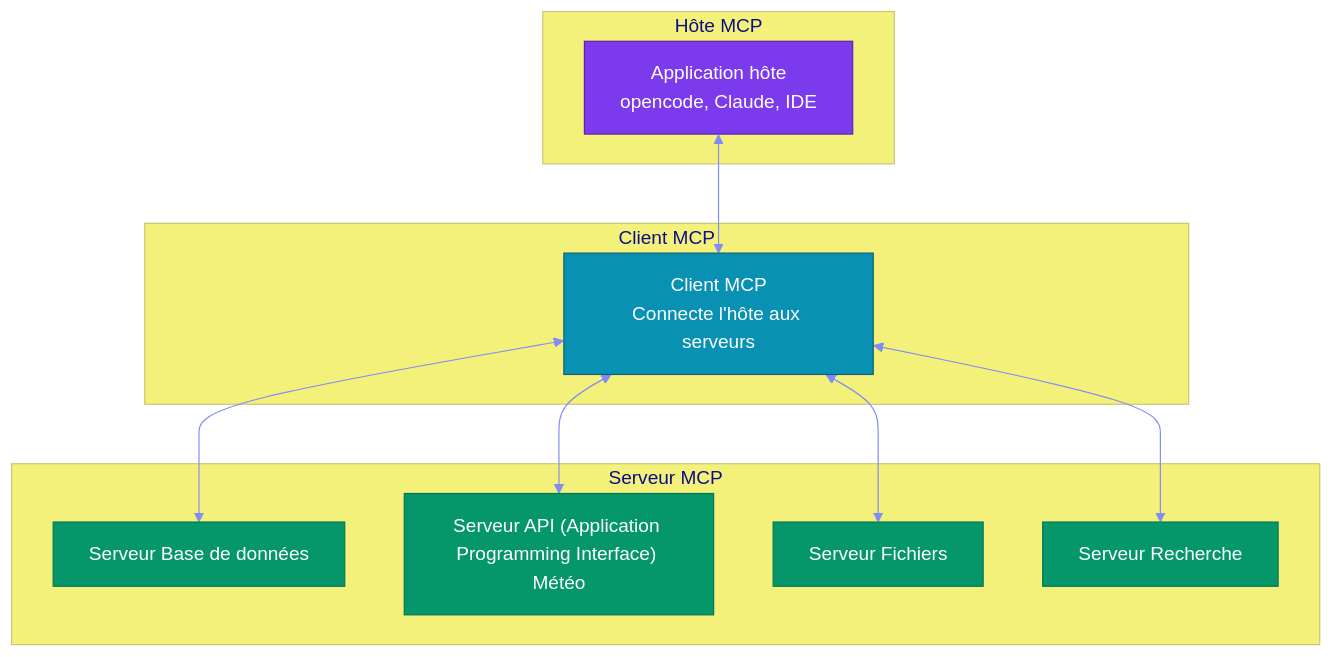
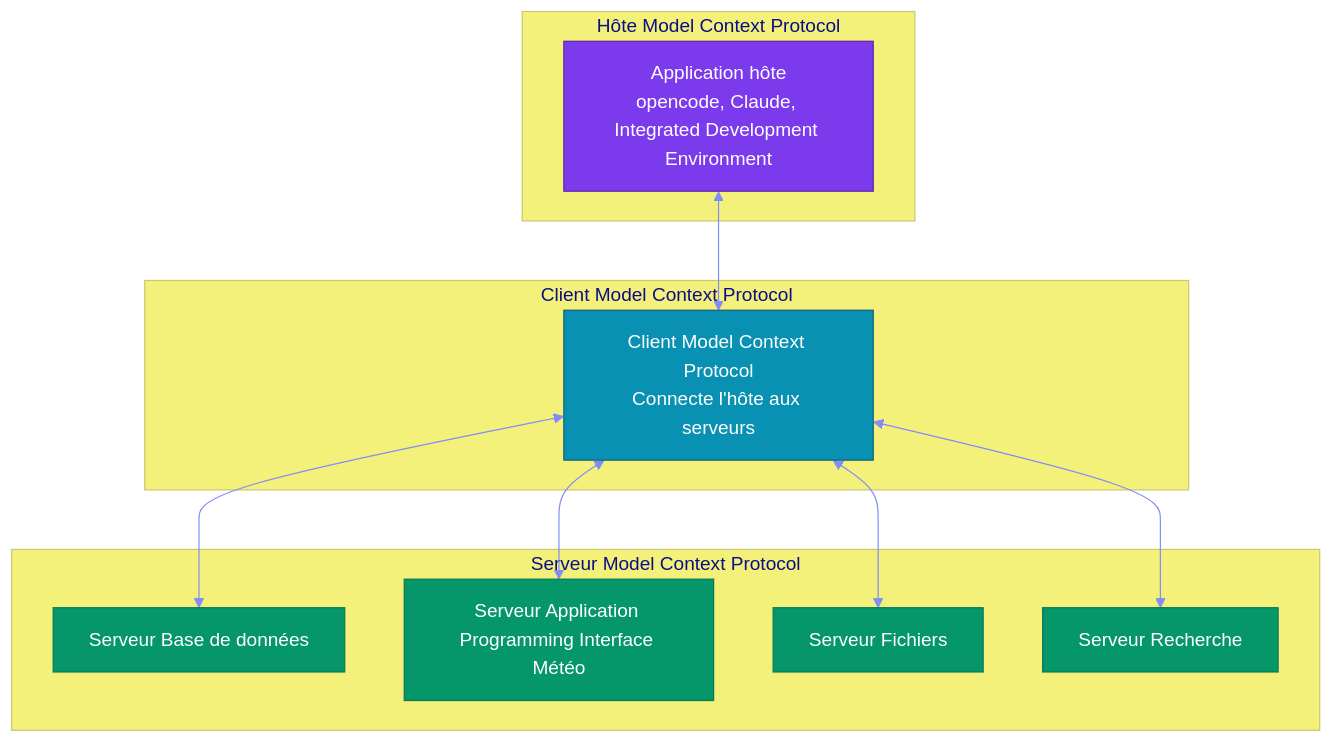
The first of 2 diagrams in CHAPITRE-07-mcp-standards.md (yugmerabtene/sdv-agentic), drawn with Mermaid before and after one commit. The commit also changed other lines of this file and 11 other files, not shown here.

````diff
--- a/CHAPITRE-07-mcp-standards.md
+++ b/CHAPITRE-07-mcp-standards.md
@@ -60,35 +77,35 @@
 ```mermaid
 %%{init: {'theme': 'base', 'themeVariables': {
   'primaryColor': '#6366f1',
   'primaryTextColor': '#fff',
   'lineColor': '#818cf8'
 }}}%%
 graph TD
-    subgraph "Hôte MCP"
-        H[Application hôte<br/>opencode, Claude, IDE]
+    subgraph "Hôte Model Context Protocol"
+        H[Application hôte<br/>opencode, Claude, Integrated Development Environment]
     end
     
-    subgraph "Client MCP"
-        C[Client MCP<br/>Connecte l'hôte aux serveurs]
+    subgraph "Client Model Context Protocol"
+        C[Client Model Context Protocol<br/>Connecte l'hôte aux serveurs]
     end
     
-    subgraph "Serveur MCP"
+    subgraph "Serveur Model Context Protocol"
         S1[Serveur Base de données]
-        S2["Serveur API (Application Programming Interface) Météo"]
+        S2["Serveur Application Programming Interface Météo"]
         S3[Serveur Fichiers]
         S4[Serveur Recherche]
     end
     
     H <--> C
     C <--> S1
     C <--> S2
     C <--> S3
     C <--> S4
     
     style H fill:#7c3aed,color:#fff,stroke:#5b21b6
     style C fill:#0891b2,color:#fff,stroke:#155e75
     style S1 fill:#059669,color:#fff,stroke:#047857
     style S2 fill:#059669,color:#fff,stroke:#047857
     style S3 fill:#059669,color:#fff,stroke:#047857
     style S4 fill:#059669,color:#fff,stroke:#047857
 ```
````
